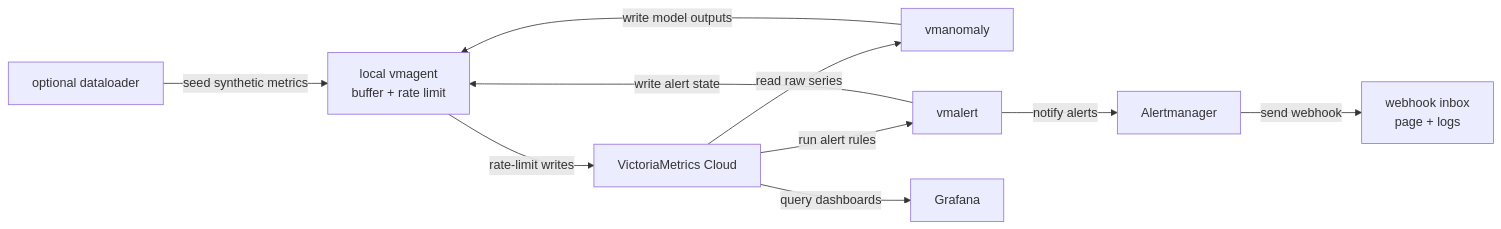
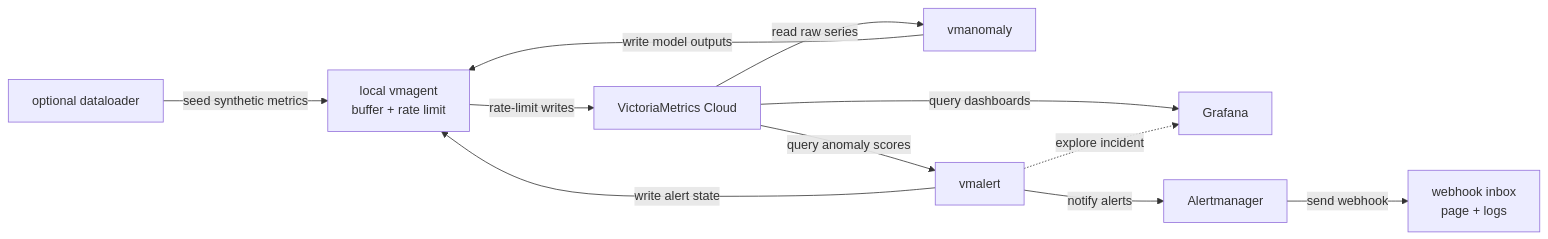
Before and after one commit to jgomezselles/cnd-workshop-2026: the third of 4 diagrams in anomaly-detection/README.md, drawn with Mermaid. The commit also changed other lines of this file and 9 other files, not shown here.

````diff
--- a/anomaly-detection/README.md
+++ b/anomaly-detection/README.md
@@ -268,12 +270,13 @@
 ```mermaid
 flowchart LR
   loader["optional dataloader"] -->|"seed synthetic metrics"| agent["local vmagent<br/>buffer + rate limit"]
   anomaly["vmanomaly"] -->|"write model outputs"| agent
   vmalert["vmalert"] -->|"write alert state"| agent
   agent -->|"rate-limit writes"| cloud["VictoriaMetrics Cloud"]
   cloud -->|"read raw series"| anomaly
   cloud -->|"query dashboards"| grafana["Grafana"]
-  cloud -->|"run alert rules"| vmalert
+  cloud -->|"query anomaly scores"| vmalert
   vmalert -->|"notify alerts"| alertmanager["Alertmanager"]
+  vmalert -.->|"explore incident"| grafana
   alertmanager -->|"send webhook"| webhook["webhook inbox<br/>page + logs"]
 ```
````
